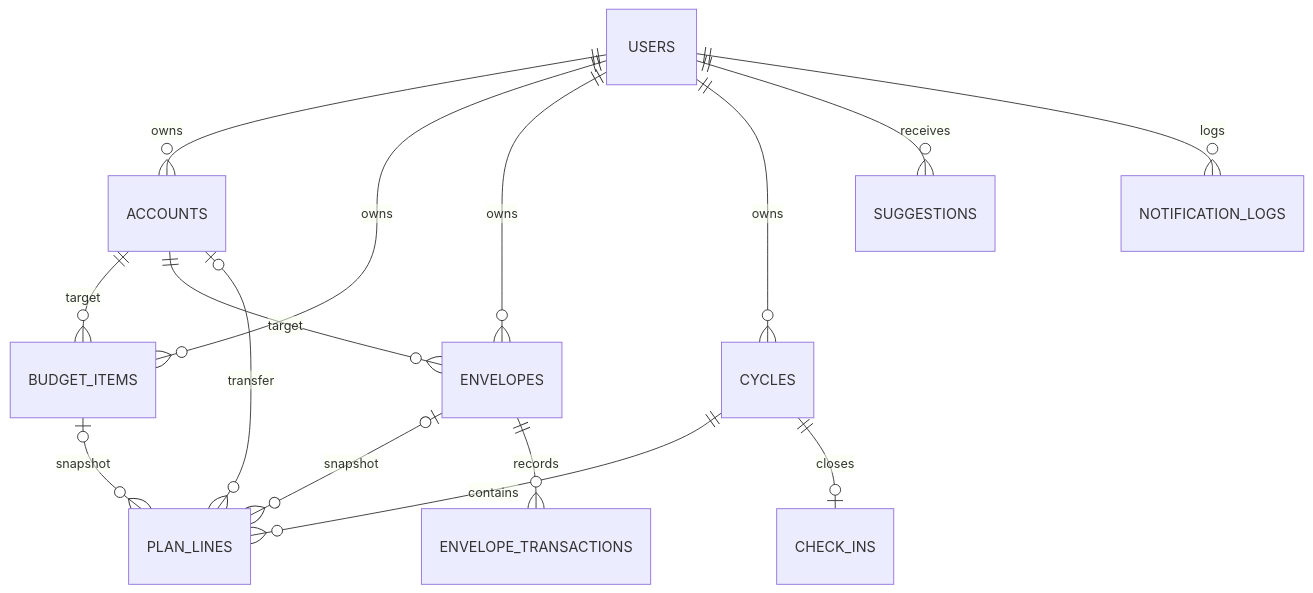
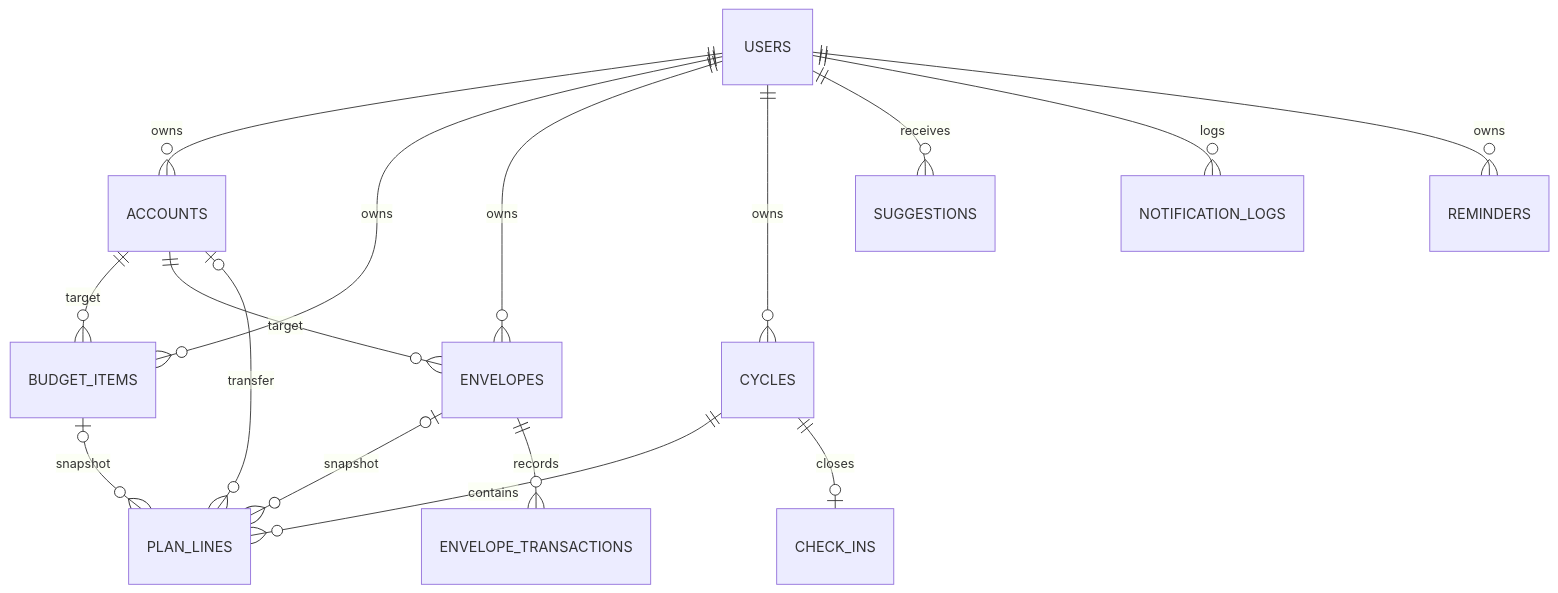
One commit to JINHYOUNG00/Side changed the diagram in docs/ERD.md. Above: the diagram before and after it, drawn with Mermaid. The commit also changed other lines of this file and 31 other files, not shown here.

````diff
--- a/docs/ERD.md
+++ b/docs/ERD.md
@@ -17,17 +17,18 @@
 ```mermaid
 erDiagram
   USERS ||--o{ ACCOUNTS : owns
   USERS ||--o{ BUDGET_ITEMS : owns
   USERS ||--o{ ENVELOPES : owns
   USERS ||--o{ CYCLES : owns
   USERS ||--o{ SUGGESTIONS : receives
   USERS ||--o{ NOTIFICATION_LOGS : logs
+  USERS ||--o{ REMINDERS : owns
   ACCOUNTS ||--o{ BUDGET_ITEMS : target
   ACCOUNTS ||--o{ ENVELOPES : target
   ACCOUNTS |o--o{ PLAN_LINES : transfer
   CYCLES ||--o{ PLAN_LINES : contains
   CYCLES ||--o| CHECK_INS : closes
   BUDGET_ITEMS |o--o{ PLAN_LINES : snapshot
   ENVELOPES |o--o{ PLAN_LINES : snapshot
   ENVELOPES ||--o{ ENVELOPE_TRANSACTIONS : records
 ```
````
